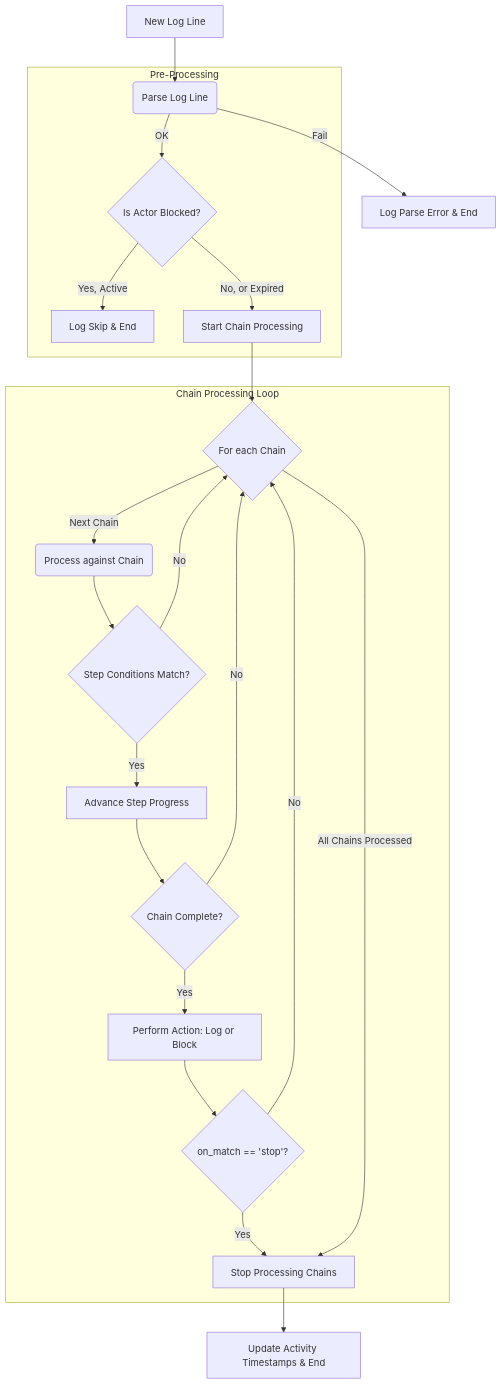
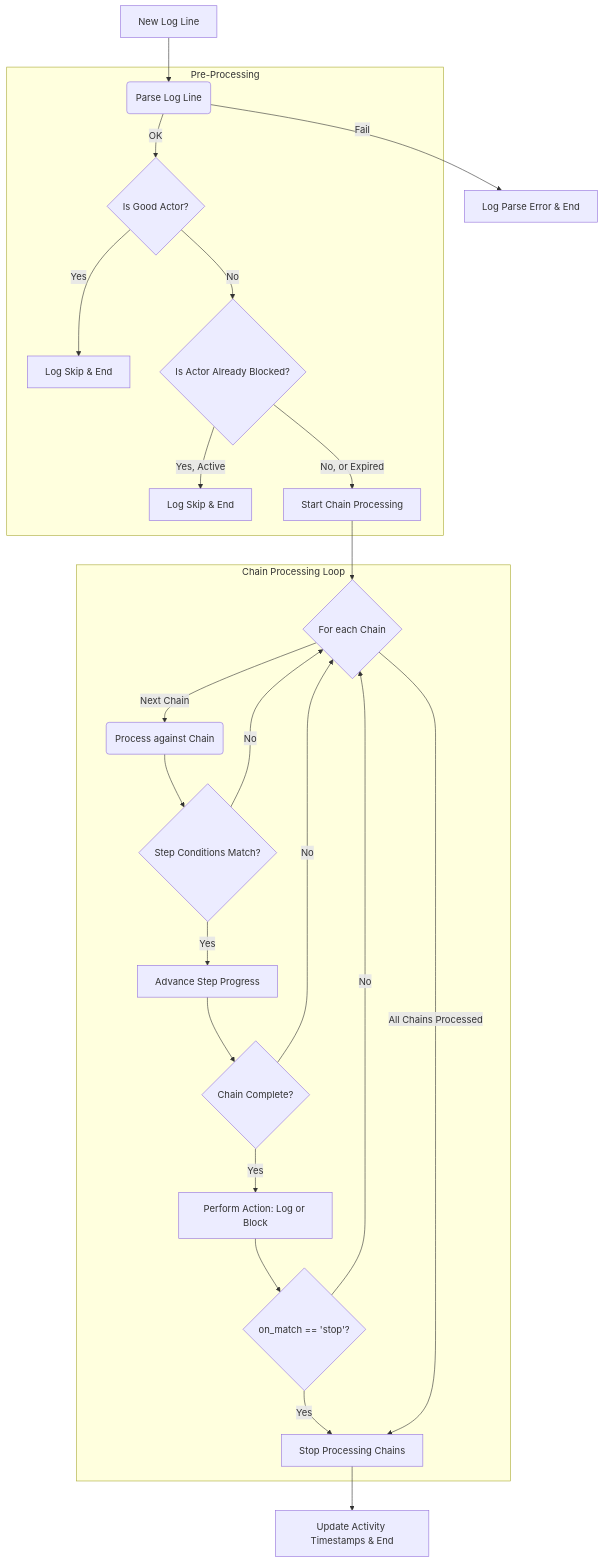
One commit to metabrainz/bot-detector changed the diagram in README.md. Above: the diagram before and after it, drawn with Mermaid. The commit also changed other lines of this file, not shown here.

Commit message:
Document `good_actors`

````diff
--- a/README.md
+++ b/README.md
@@ -395,29 +437,31 @@
 ```mermaid
 graph TD;
     A[New Log Line] --> B(Parse Log Line);
 
+    B -- Fail --> H[Log Parse Error & End];
+
     subgraph Pre-Processing
-        B -- OK --> E{Is Actor Blocked?};
-        E -- Yes, Active --> F[Log Skip & End];
+        B -- OK --> D{Is Good Actor?};
+        D -- Yes --> F_good[Log Skip & End];
+        D -- No --> E{Is Actor Already Blocked?};
+        E -- Yes, Active --> F_blocked[Log Skip & End];
         E -- No, or Expired --> G[Start Chain Processing];
     end
-
-    B -- Fail --> H[Log Parse Error & End];
 
     subgraph Chain Processing Loop
         G --> Loop{For each Chain};
         Loop -- Next Chain --> I(Process against Chain);
         I --> J{Step Conditions Match?};
         J -- No --> Loop;
         J -- Yes --> K[Advance Step Progress];
         K --> L{Chain Complete?};
         L -- No --> Loop;
         L -- Yes --> M[Perform Action: Log or Block];
         M --> N{on_match == 'stop'?};
         N -- Yes --> EndLoop[Stop Processing Chains];
         N -- No --> Loop;
     end
 
     Loop -- All Chains Processed --> EndLoop;
     EndLoop --> Z[Update Activity Timestamps & End];
 ```
````
